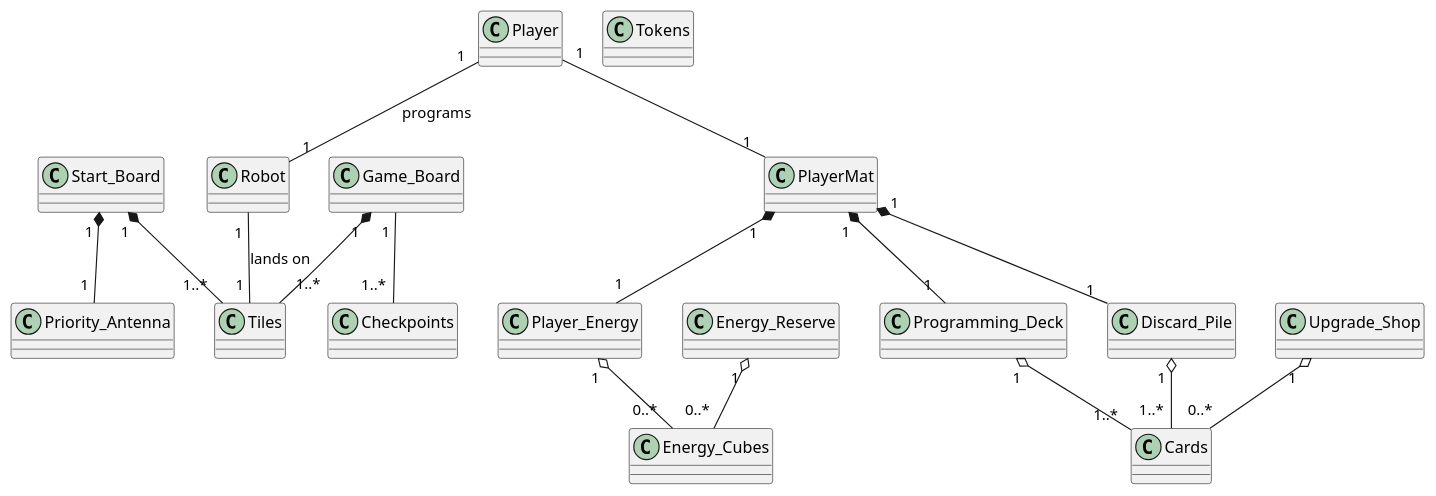
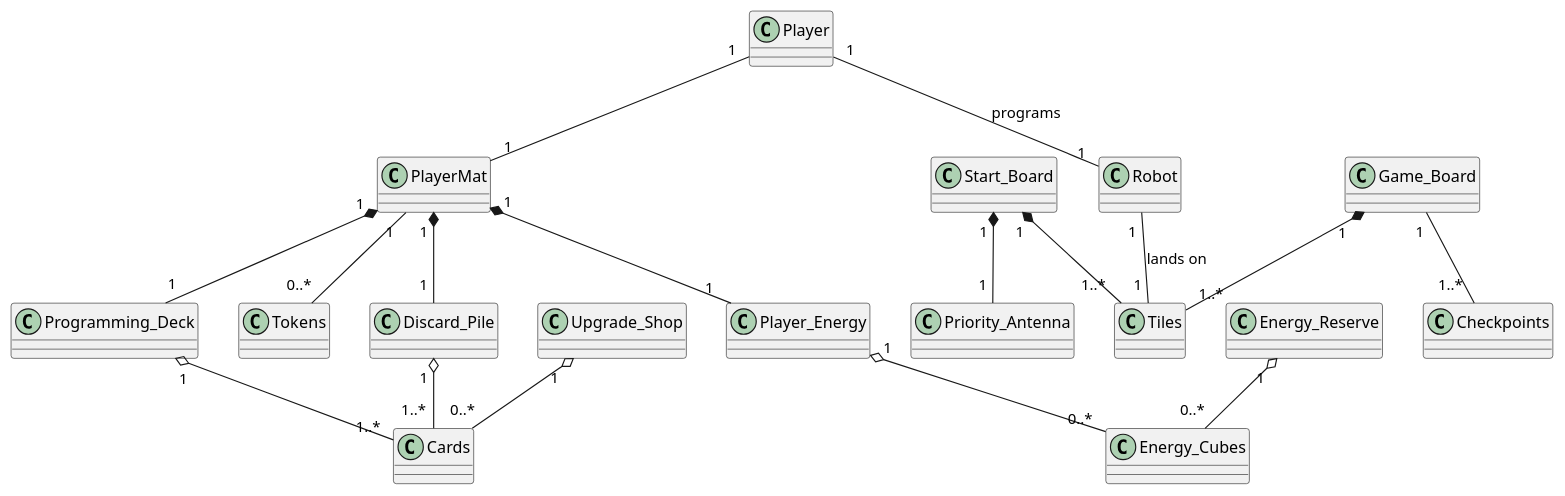
Before and after one commit to BjarneBjarne/Gruppe15-RoboRally2024: the diagram in diagrams/Domaine_model.pu, drawn with PlantUML. The commit also changed 2 other files, not shown here.

```diff
--- a/diagrams/Domaine_model.pu
+++ b/diagrams/Domaine_model.pu
@@ -1,45 +1,46 @@
 @startuml
 
 class Player
 class Robot
 class Start_Board
 class Game_Board
 class Energy_Reserve
 class Player_Energy
 class Upgrade_Shop
 class Cards
 class Programming_Deck
 class Tokens
 class Tiles
 class PlayerMat
 class Checkpoints
 class Energy_Cubes
 class Priority_Antenna
 class Discard_Pile
 
 'Player relations
 Player " 1 " -- " 1 " Robot: programs
 Player " 1 " -- " 1 " PlayerMat
 
 'Player mat relations'
 PlayerMat " 1 " *-- " 1 " Programming_Deck
 PlayerMat " 1 " *-- " 1 " Player_Energy
 PlayerMat " 1 " *-- " 1 " Discard_Pile
 Programming_Deck " 1 " o-- " 1..* " Cards
 Player_Energy " 1 " o-- " 0..* " Energy_Cubes
 Discard_Pile " 1 " o-- " 1..* " Cards
+PlayerMat " 1 " -- " 0..* " Tokens 
 
 'Off board relations'
 Energy_Reserve " 1 " o-- " 0..* " Energy_Cubes
 Upgrade_Shop " 1 " o-- " 0..* " Cards
 
 'Board relations'
 Robot " 1 " -- " 1 " Tiles: lands on
 
 Game_Board " 1 " *-- " 1..* " Tiles
 Game_Board " 1 " -- " 1..* " Checkpoints 
 
 Start_Board " 1 " *-- " 1..* " Tiles
 Start_Board " 1 " *-- " 1 " Priority_Antenna
 
 @enduml
```
